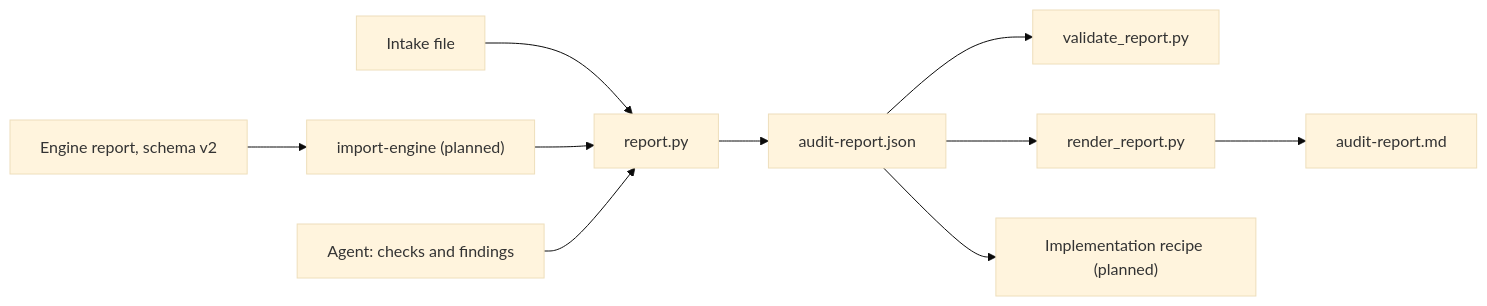
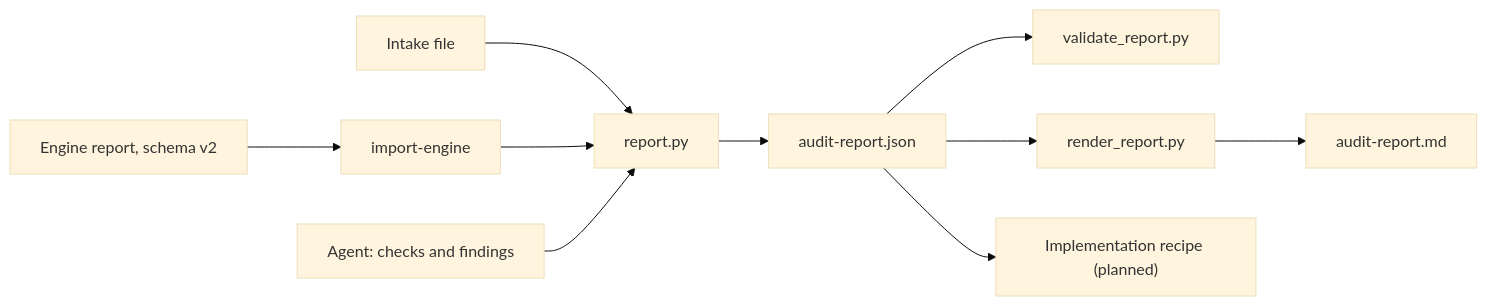
The diagram in brownfield-recipes/docs/architecture/contributor-deep-dive/02-report-schema.md (Nistapp/codebase-agentic-readiness-framework), drawn with Mermaid (base theme) before and after one commit. The commit also changed other lines of this file and 2 other files, not shown here.

First line of the commit message:
docs(brownfield-recipes): mark the engine adapter live, and explain why it has the shape it has

````diff
--- a/brownfield-recipes/docs/architecture/contributor-deep-dive/02-report-schema.md
+++ b/brownfield-recipes/docs/architecture/contributor-deep-dive/02-report-schema.md
@@ -17,10 +14,10 @@
 ```mermaid
 flowchart LR
     Intake["Intake file"] --> Builder["report.py"]
-    Engine["Engine report, schema v2"] --> Adapter["import-engine (planned)"] --> Builder
+    Engine["Engine report, schema v2"] --> Adapter["import-engine"] --> Builder
     Agent["Agent: checks and findings"] --> Builder
     Builder --> Report["audit-report.json"]
     Report --> Validator["validate_report.py"]
     Report --> Renderer["render_report.py"] --> Markdown["audit-report.md"]
     Report --> Implement["Implementation recipe (planned)"]
 ```
````
